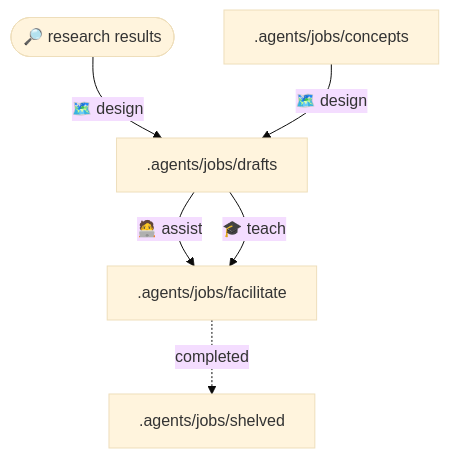
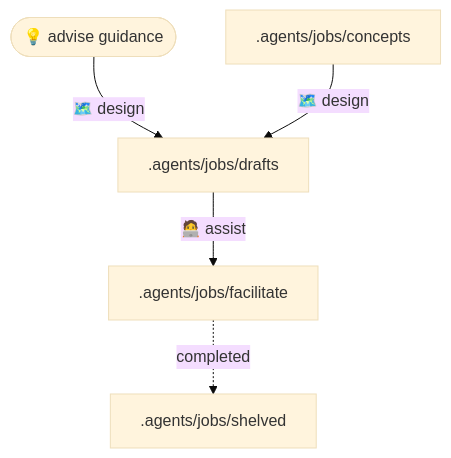
The second of 2 diagrams in README.md (ahumandev/autocode), drawn with Mermaid (base theme) before and after one commit. The commit also changed other lines of this file and 31 other files, not shown here.

First line of the commit message:
feat(agents)! - replace research and teach with advise

````diff
--- a/README.md
+++ b/README.md
@@ -112,8 +112,7 @@
 ```mermaid
 flowchart TD
-  Research([🔎 research results]) --🗺️ design--> Drafts[.agents/jobs/drafts]
+  Advise([💡 advise guidance]) --🗺️ design--> Drafts[.agents/jobs/drafts]
   Concepts[ .agents/jobs/concepts] --🗺️ design--> Drafts
   Drafts --🧑‍💻 assist --> Facilitate[.agents/jobs/facilitate]
-  Drafts --🎓 teach --> Facilitate
   Facilitate -.completed.-> Shelved[.agents/jobs/shelved]
 ```
````
